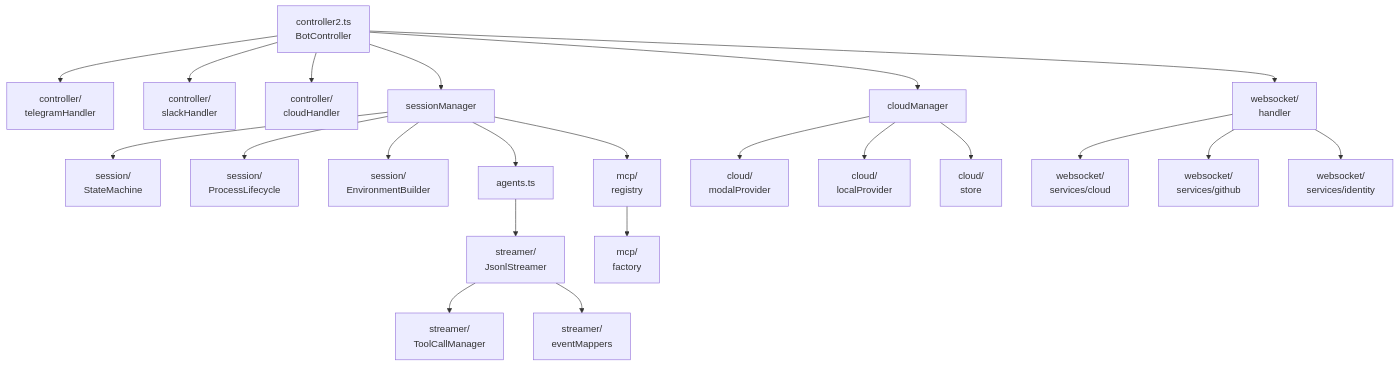
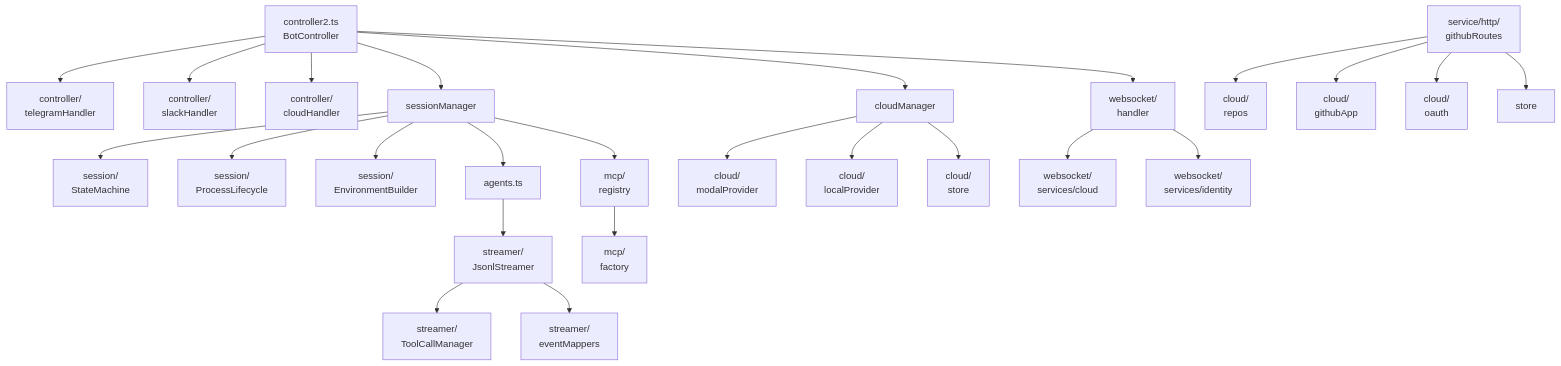
The second of 6 diagrams in docs/ARCHITECTURE.md (MichaelC001/tintin), drawn with Mermaid before and after one commit. The commit also changed other lines of this file and 4 other files, not shown here.

````diff
--- a/docs/ARCHITECTURE.md
+++ b/docs/ARCHITECTURE.md
@@ -71,32 +74,36 @@
 ```mermaid
 graph TD
     CTL[controller2.ts<br/>BotController]
 
     CTL --> TH[controller/<br/>telegramHandler]
     CTL --> SH[controller/<br/>slackHandler]
     CTL --> CH[controller/<br/>cloudHandler]
 
     CTL --> SM[sessionManager]
     CTL --> CM[cloudManager]
     CTL --> WH[websocket/<br/>handler]
 
     SM --> SS[session/<br/>StateMachine]
     SM --> SP[session/<br/>ProcessLifecycle]
     SM --> SE[session/<br/>EnvironmentBuilder]
 
     CM --> MP[cloud/<br/>modalProvider]
     CM --> LP[cloud/<br/>localProvider]
     CM --> CS[cloud/<br/>store]
 
     WH --> WSC[websocket/<br/>services/cloud]
-    WH --> WSG[websocket/<br/>services/github]
     WH --> WSI[websocket/<br/>services/identity]
+
+    GHR[service/http/<br/>githubRoutes] --> CR[cloud/<br/>repos]
+    GHR --> GA[cloud/<br/>githubApp]
+    GHR --> OA[cloud/<br/>oauth]
+    GHR --> ST[store]
 
     SM --> AG[agents.ts]
     AG --> JS[streamer/<br/>JsonlStreamer]
     JS --> TM[streamer/<br/>ToolCallManager]
     JS --> EM[streamer/<br/>eventMappers]
 
     SM --> MR[mcp/<br/>registry]
     MR --> MF[mcp/<br/>factory]
 ```
````
